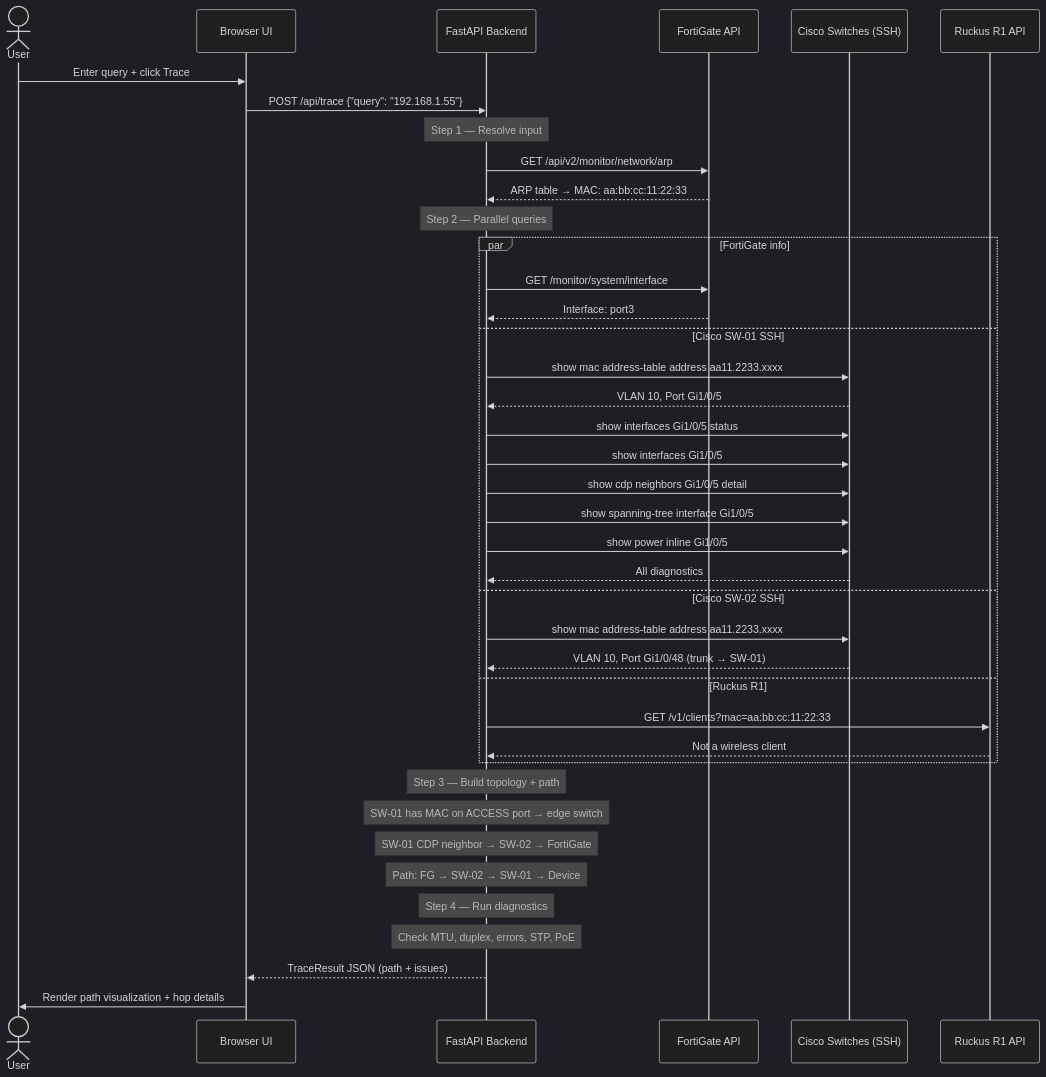
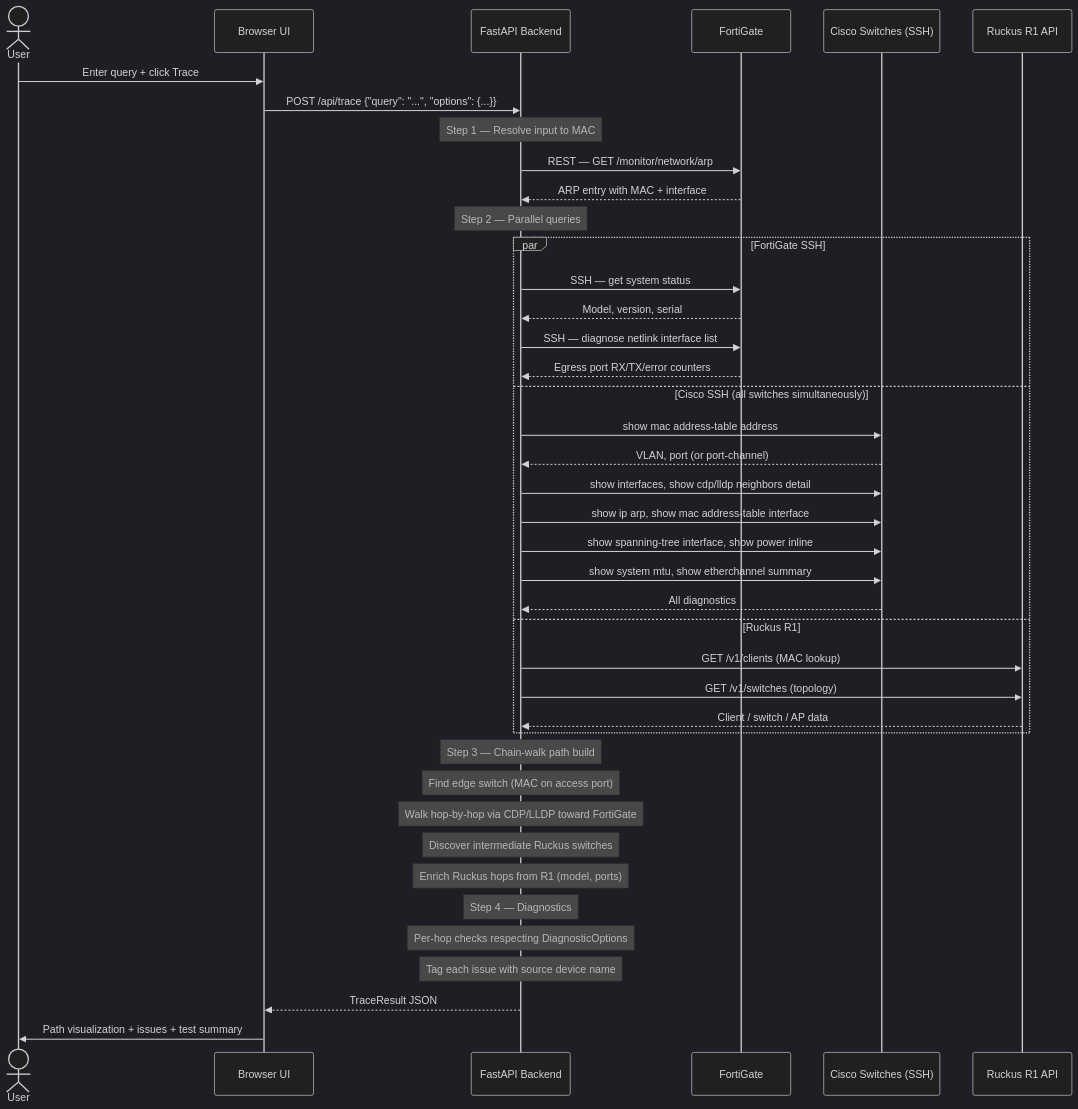
Before and after one commit to ivillagomez/netinspect: the third of 3 diagrams in README.md, drawn with Mermaid (dark theme). The commit also changed other lines of this file and 1 other file, not shown here.

````diff
--- a/README.md
+++ b/README.md
@@ -125,48 +127,49 @@
 ```mermaid
 sequenceDiagram
     actor User
     participant UI as Browser UI
     participant API as FastAPI Backend
-    participant FG as FortiGate API
+    participant FG as FortiGate
     participant SW as Cisco Switches (SSH)
     participant R1 as Ruckus R1 API
 
     User->>UI: Enter query + click Trace
-    UI->>API: POST /api/trace {"query": "192.168.1.55"}
+    UI->>API: POST /api/trace {"query": "...", "options": {...}}
 
-    note over API: Step 1 — Resolve input
-    API->>FG: GET /api/v2/monitor/network/arp
-    FG-->>API: ARP table → MAC: aa:bb:cc:11:22:33
+    note over API: Step 1 — Resolve input to MAC
+    API->>FG: REST — GET /monitor/network/arp
+    FG-->>API: ARP entry with MAC + interface
 
     note over API: Step 2 — Parallel queries
-    par FortiGate info
-        API->>FG: GET /monitor/system/interface
-        FG-->>API: Interface: port3
-    and Cisco SW-01 SSH
-        API->>SW: show mac address-table address aa11.2233.xxxx
-        SW-->>API: VLAN 10, Port Gi1/0/5
-        API->>SW: show interfaces Gi1/0/5 status
-        API->>SW: show interfaces Gi1/0/5
-        API->>SW: show cdp neighbors Gi1/0/5 detail
-        API->>SW: show spanning-tree interface Gi1/0/5
-        API->>SW: show power inline Gi1/0/5
+    par FortiGate SSH
+        API->>FG: SSH — get system status
+        FG-->>API: Model, version, serial
+        API->>FG: SSH — diagnose netlink interface list
+        FG-->>API: Egress port RX/TX/error counters
+    and Cisco SSH (all switches simultaneously)
+        API->>SW: show mac address-table address
+        SW-->>API: VLAN, port (or port-channel)
+        API->>SW: show interfaces, show cdp/lldp neighbors detail
+        API->>SW: show ip arp, show mac address-table interface
+        API->>SW: show spanning-tree interface, show power inline
+        API->>SW: show system mtu, show etherchannel summary
         SW-->>API: All diagnostics
-    and Cisco SW-02 SSH
-        API->>SW: show mac address-table address aa11.2233.xxxx
-        SW-->>API: VLAN 10, Port Gi1/0/48 (trunk → SW-01)
     and Ruckus R1
-        API->>R1: GET /v1/clients?mac=aa:bb:cc:11:22:33
-        R1-->>API: Not a wireless client
+        API->>R1: GET /v1/clients (MAC lookup)
+        API->>R1: GET /v1/switches (topology)
+        R1-->>API: Client / switch / AP data
     end
 
-    note over API: Step 3 — Build topology + path
-    note over API: SW-01 has MAC on ACCESS port → edge switch
-    note over API: SW-01 CDP neighbor → SW-02 → FortiGate
-    note over API: Path: FG → SW-02 → SW-01 → Device
+    note over API: Step 3 — Chain-walk path build
+    note over API: Find edge switch (MAC on access port)
+    note over API: Walk hop-by-hop via CDP/LLDP toward FortiGate
+    note over API: Discover intermediate Ruckus switches
+    note over API: Enrich Ruckus hops from R1 (model, ports)
 
-    note over API: Step 4 — Run diagnostics
-    note over API: Check MTU, duplex, errors, STP, PoE
+    note over API: Step 4 — Diagnostics
+    note over API: Per-hop checks respecting DiagnosticOptions
+    note over API: Tag each issue with source device name
 
-    API-->>UI: TraceResult JSON (path + issues)
-    UI->>User: Render path visualization + hop details
+    API-->>UI: TraceResult JSON
+    UI->>User: Path visualization + issues + test summary
 ```
````
